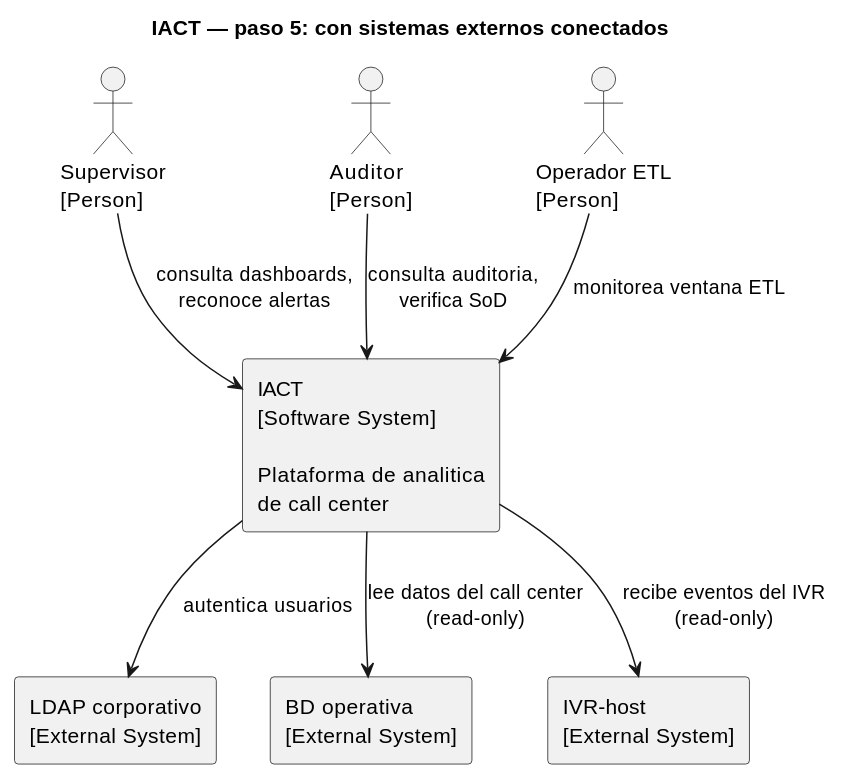
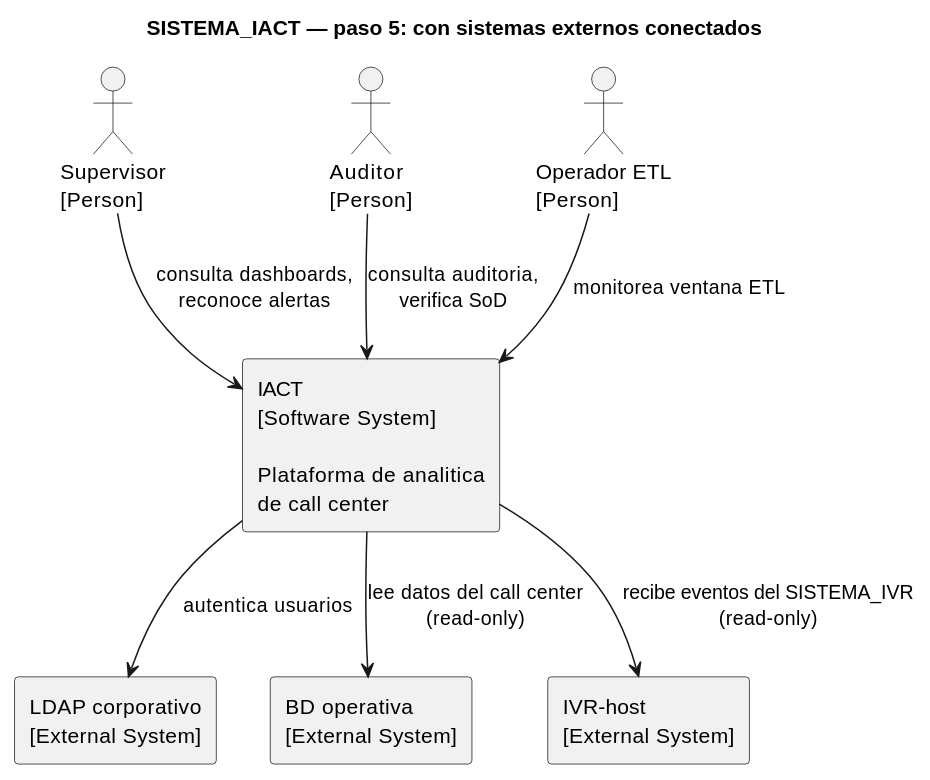
The second of 2 diagrams in source/requisitos/_metodologia-aplicacion/diagramas-componentes/construccion-incremental-iact-continuacion.rst (jcg-admin/IACT-docs), drawn with PlantUML before and after one commit. The commit also changed other lines of this file and 99 other files, not shown here.

First line of the commit message:
Fix ABREV_CORTA aliases in PlantUML blocks (97 files)

```diff
--- a/source/requisitos/_metodologia-aplicacion/diagramas-componentes/construccion-incremental-iact-continuacion.rst
+++ b/source/requisitos/_metodologia-aplicacion/diagramas-componentes/construccion-incremental-iact-continuacion.rst
@@ -21,23 +21,23 @@
 .. uml::
 
    @startuml
-   title IACT — paso 5: con sistemas externos conectados
+   title SISTEMA_IACT — paso 5: con sistemas externos conectados
 
    actor "Supervisor\n[Person]" as Supervisor
    actor "Auditor\n[Person]" as Auditor
-   actor "Operador ETL\n[Person]" as OETL
+   actor "Operador ETL\n[Person]" as OPERADOR_ETL
 
-   rectangle "IACT\n[Software System]\n\nPlataforma de analitica\nde call center" as IACT
+   rectangle "IACT\n[Software System]\n\nPlataforma de analitica\nde call center" as SISTEMA_IACT
 
-   rectangle "LDAP corporativo\n[External System]" as LDAP
-   rectangle "BD operativa\n[External System]" as BDO
-   rectangle "IVR-host\n[External System]" as IVR
+   rectangle "LDAP corporativo\n[External System]" as LDAP_CORPORATIVO
+   rectangle "BD operativa\n[External System]" as BD_OPERATIVA
+   rectangle "IVR-host\n[External System]" as SISTEMA_IVR
 
-   Supervisor --> IACT : consulta dashboards,\nreconoce alertas
-   Auditor --> IACT : consulta auditoria,\nverifica SoD
-   OETL --> IACT : monitorea ventana ETL
+   Supervisor --> SISTEMA_IACT : consulta dashboards,\nreconoce alertas
+   Auditor --> SISTEMA_IACT : consulta auditoria,\nverifica SoD
+   OPERADOR_ETL --> SISTEMA_IACT : monitorea ventana ETL
 
-   IACT --> LDAP : autentica usuarios
-   IACT --> BDO : lee datos del call center\n(read-only)
-   IACT --> IVR : recibe eventos del IVR\n(read-only)
+   SISTEMA_IACT --> LDAP_CORPORATIVO : autentica usuarios
+   SISTEMA_IACT --> BD_OPERATIVA : lee datos del call center\n(read-only)
+   SISTEMA_IACT --> SISTEMA_IVR : recibe eventos del SISTEMA_IVR\n(read-only)
    @enduml
```
